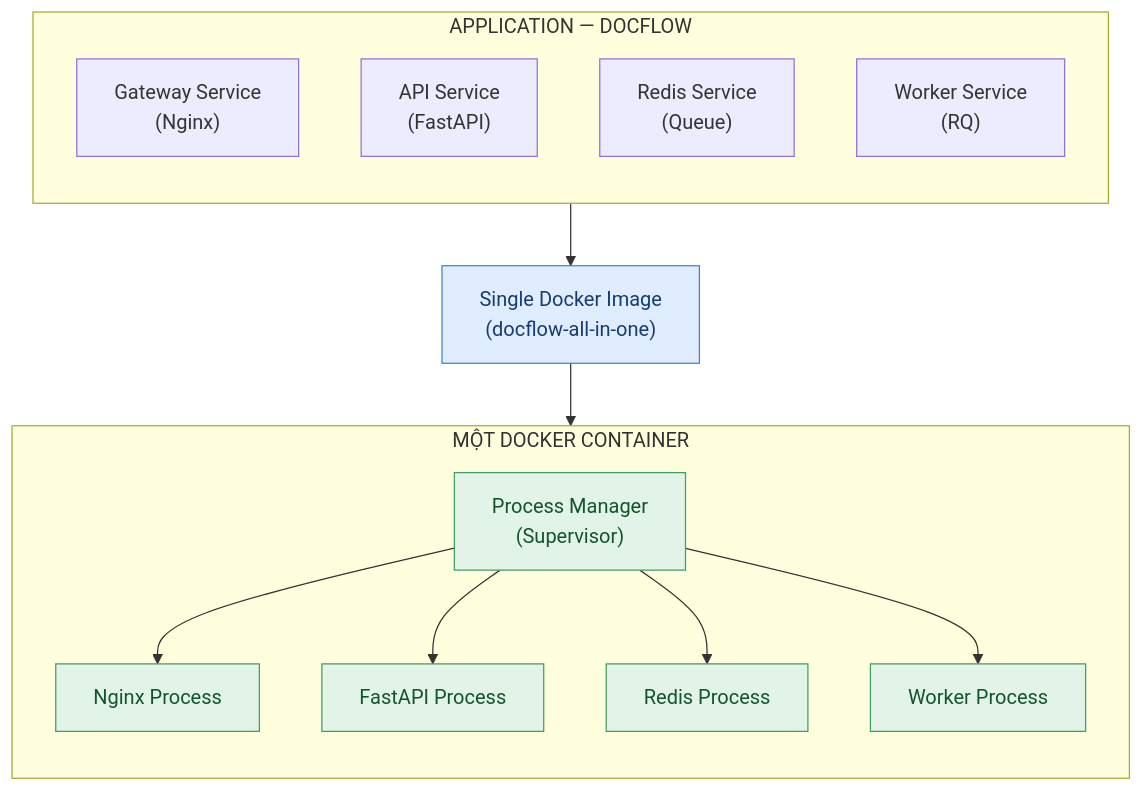
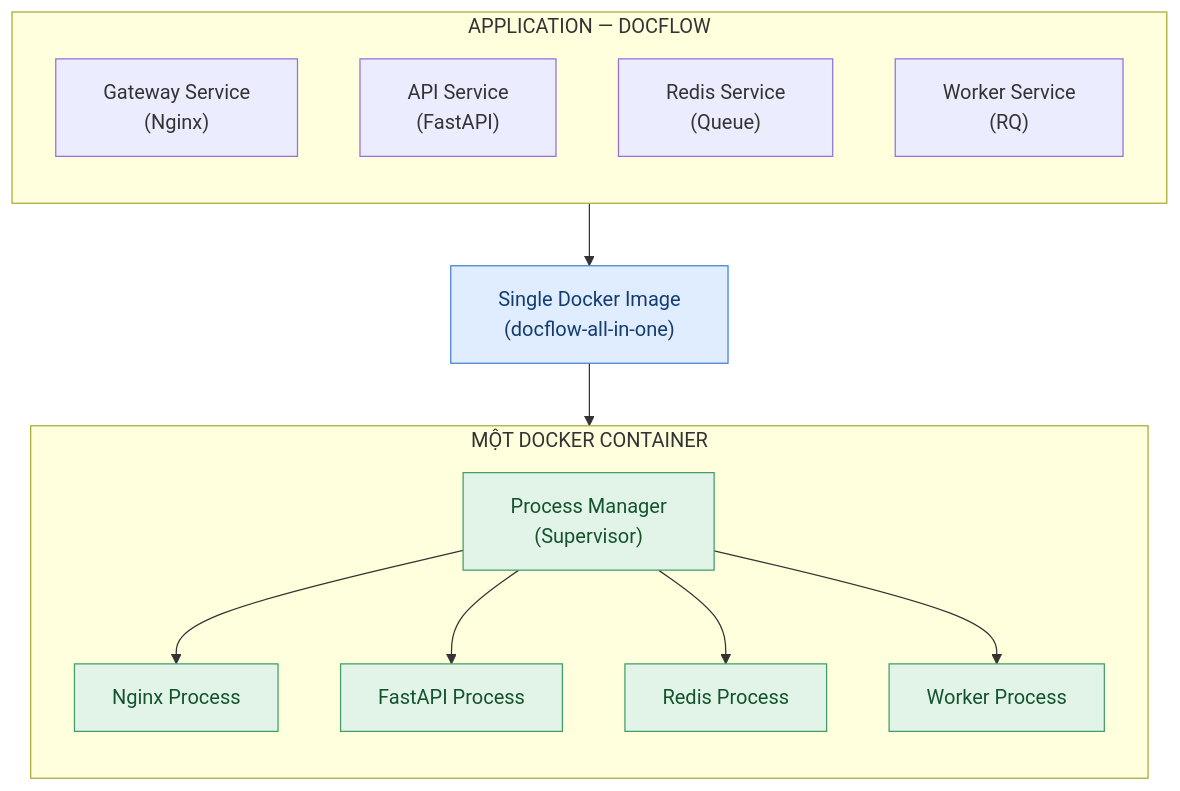
The second of 2 diagrams in README.md (TranKiet146/docflow_SOA_Seminar), drawn with Mermaid before and after one commit.

Commit message:
presentation diagram update margin

````diff
--- a/README.md
+++ b/README.md
@@ -415,33 +415,33 @@
 ```mermaid
 flowchart TB
     subgraph S["APPLICATION — DOCFLOW"]
         direction TB
-        A["Gateway Service<br/>(Nginx)"]
-        B["API Service<br/>(FastAPI)"]
-        C["Redis Service<br/>(Queue)"]
-        D["Worker Service<br/>(RQ)"]
+        A["&nbsp;&nbsp;Gateway Service&nbsp;&nbsp;<br/>(Nginx)"]
+        B["&nbsp;&nbsp;API Service&nbsp;&nbsp;<br/>(FastAPI)"]
+        C["&nbsp;&nbsp;Redis Service&nbsp;&nbsp;<br/>(Queue)"]
+        D["&nbsp;&nbsp;Worker Service&nbsp;&nbsp;<br/>(RQ)"]
     end
 
-    I["Single Docker Image<br/>(docflow-all-in-one)"]
+    I["&nbsp;&nbsp;Single Docker Image&nbsp;&nbsp;<br/>&nbsp;&nbsp;(docflow-all-in-one)&nbsp;&nbsp;"]
 
     subgraph K["MỘT DOCKER CONTAINER"]
         direction TB
-        P["Process Manager<br/>(Supervisor)"]
+        P["&nbsp;&nbsp;Process Manager&nbsp;&nbsp;<br/>(Supervisor)"]
         N["Nginx Process"]
         F["FastAPI Process"]
         R["Redis Process"]
         W["Worker Process"]
         P --> N
         P --> F
         P --> R
         P --> W
     end
 
     S --> I
     I --> K
 
     classDef image fill:#e0ecff,stroke:#4182d1,color:#143c70
     classDef container fill:#e2f4e8,stroke:#419d67,color:#13542d
     class I image
     class P,N,F,R,W container
 ```
````
